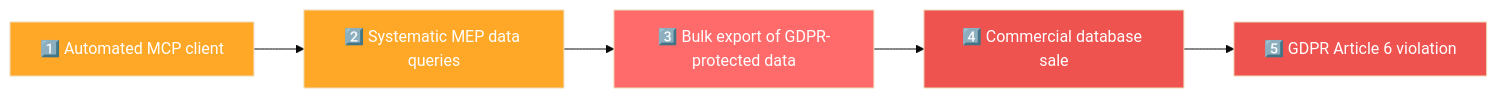
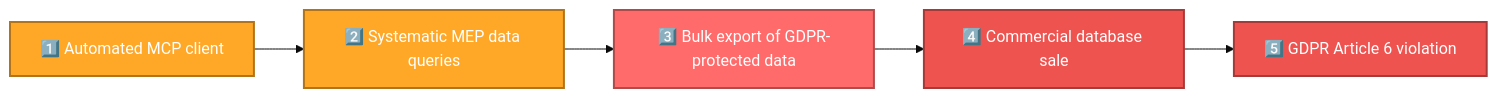
The seventh of 21 diagrams in THREAT_MODEL.md (Hack23/European-Parliament-MCP-Server), drawn with Mermaid (base theme) before and after one commit. The commit also changed other lines of this file and 17 other files, not shown here.

````diff
--- a/THREAT_MODEL.md
+++ b/THREAT_MODEL.md
@@ -826,18 +861,23 @@
 ```mermaid
 graph LR
     A[1️⃣ Automated MCP client] --> B[2️⃣ Systematic MEP data queries]
     B --> C[3️⃣ Bulk export of GDPR-protected data]
     C --> D[4️⃣ Commercial database sale]
     D --> E[5️⃣ GDPR Article 6 violation]
     
-    style A fill:#ffa726,color:#ffffff
+    style A fill:#ffa726,stroke:#b2741a,stroke-width:2px,color:#ffffff
 
-    style B fill:#ffa726,color:#ffffff
 
-    style C fill:#ff6b6b,color:#ffffff
+    style B fill:#ffa726,stroke:#b2741a,stroke-width:2px,color:#ffffff
 
-    style D fill:#ef5350,color:#ffffff
 
-    style E fill:#ef5350,color:#ffffff
+    style C fill:#ff6b6b,stroke:#b24a4a,stroke-width:2px,color:#ffffff
+
+
+    style D fill:#ef5350,stroke:#a73a38,stroke-width:2px,color:#ffffff
+
+
+    style E fill:#ef5350,stroke:#a73a38,stroke-width:2px,color:#ffffff
+
 
 ```
````
